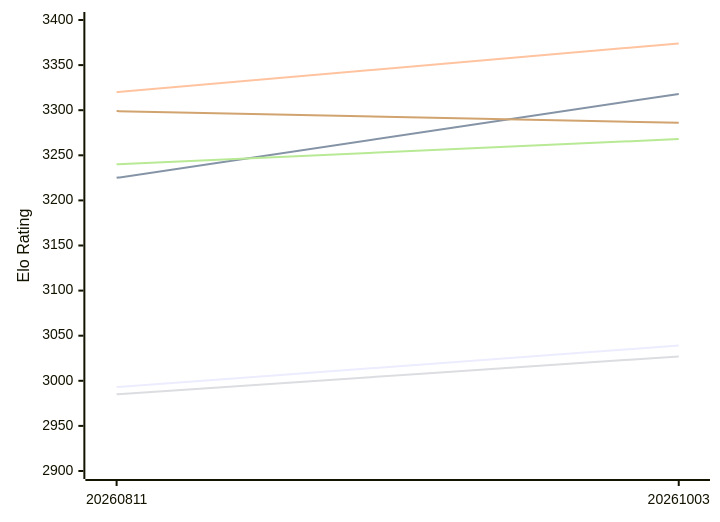
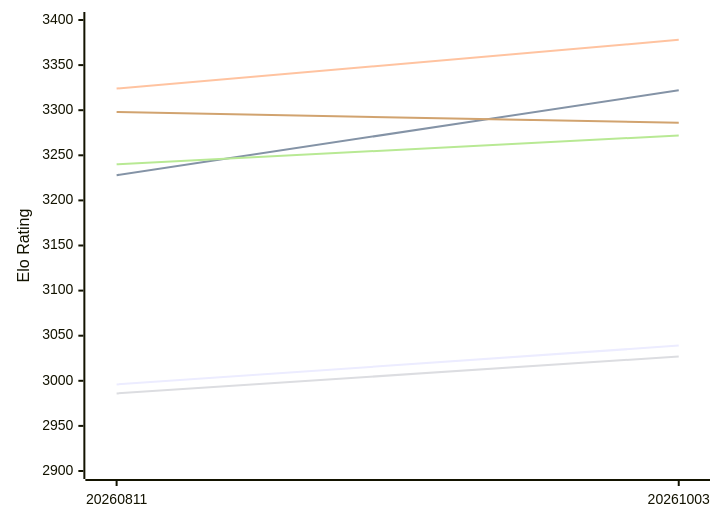
Before and after one commit to computer-chess-index/cci: the first of 2 diagrams in engines/Askaig.md, drawn with Mermaid. The commit also changed other lines of this file, not shown here.

Commit message:
Update CCI Ratings (ELO VLTC) - 2026-11-22

````diff
--- a/engines/Askaig.md
+++ b/engines/Askaig.md
@@ -52,12 +52,12 @@
 ```mermaid
 %%{init: {"theme":"base","themeVariables":{"seriesColors:['#a3a3a3','#222221','#faa371']}}}%%
 xychart-beta
   x-axis ["20260811", "20261003"]
   y-axis "Elo Rating" 2900 --> 3400
-  line "E1: STC (8.0+0.08s)" [2993, 3039]
-  line "E1: LTC (60.0+0.60s)" [3225, 3318]
-  line "E1: VLTC (2m24s+1.12s)" [3320, 3374]
-  line "P1: STC (8.0+0.08s)" [2985, 3027]
-  line "P1: LTC (60.0+0.60s)" [3240, 3268]
-  line "P1: VLTC (2m24s+1.12s)" [3299, 3286]
+  line "E1: STC (8.0+0.08s)" [2996, 3039]
+  line "E1: LTC (60.0+0.60s)" [3228, 3322]
+  line "E1: VLTC (2m24s+1.12s)" [3324, 3378]
+  line "P1: STC (8.0+0.08s)" [2986, 3027]
+  line "P1: LTC (60.0+0.60s)" [3240, 3272]
+  line "P1: VLTC (2m24s+1.12s)" [3298, 3286]
 ```
````
